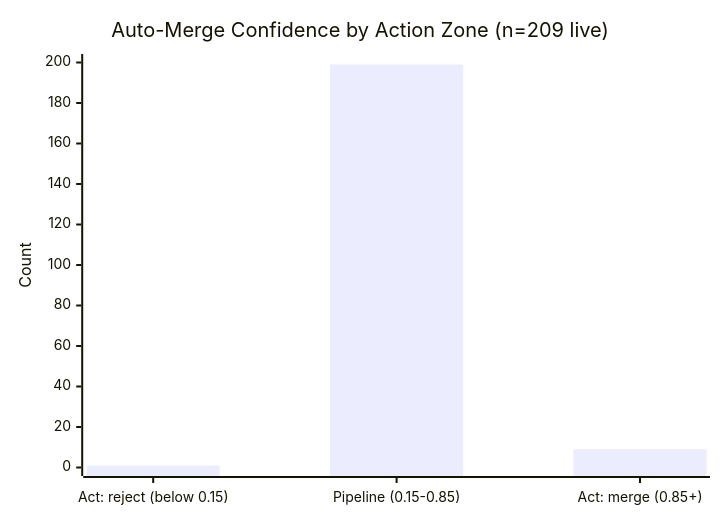
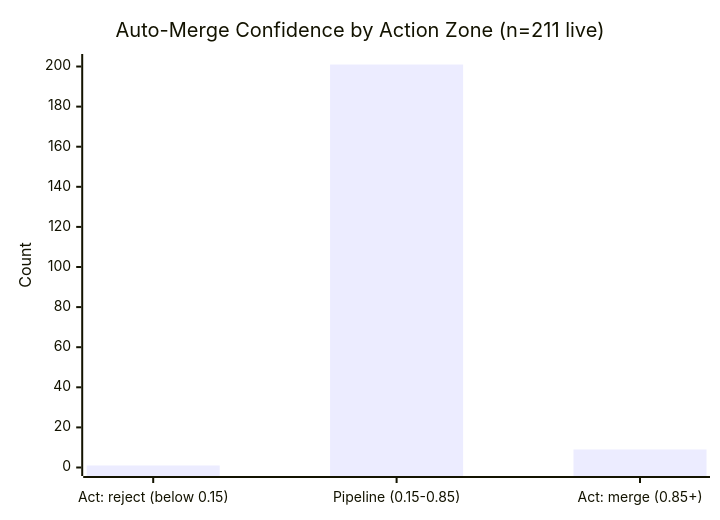
The second of 6 diagrams in JEV.md (Sanctum-Origo-Systems/autoloop), drawn with Mermaid before and after one commit. The commit also changed other lines of this file, not shown here.

````diff
--- a/JEV.md
+++ b/JEV.md
@@ -17,7 +17,7 @@
 ```mermaid
 xychart-beta
-    title "Auto-Merge Confidence by Action Zone (n=209 live)"
+    title "Auto-Merge Confidence by Action Zone (n=211 live)"
     x-axis ["Act: reject (below 0.15)", "Pipeline (0.15-0.85)", "Act: merge (0.85+)"]
-    y-axis "Count" 0 --> 200
-    bar [1, 199, 9]
+    y-axis "Count" 0 --> 202
+    bar [1, 201, 9]
 ```
````
